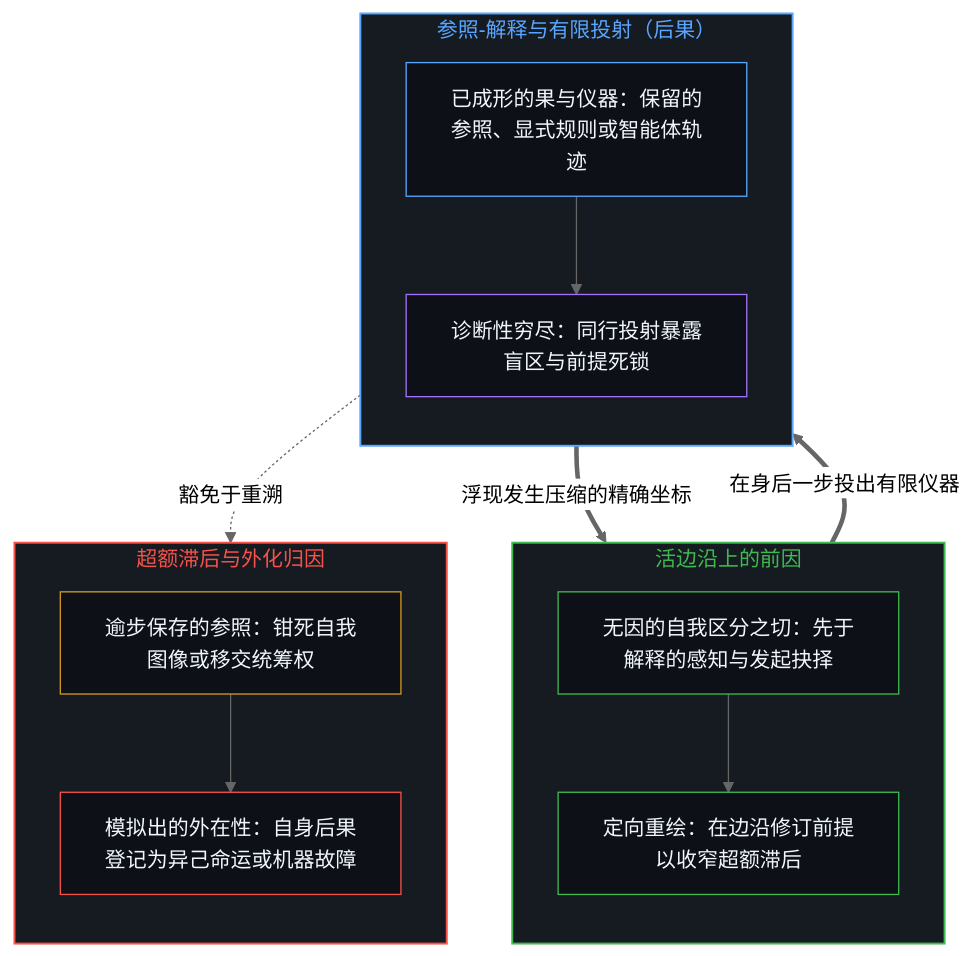
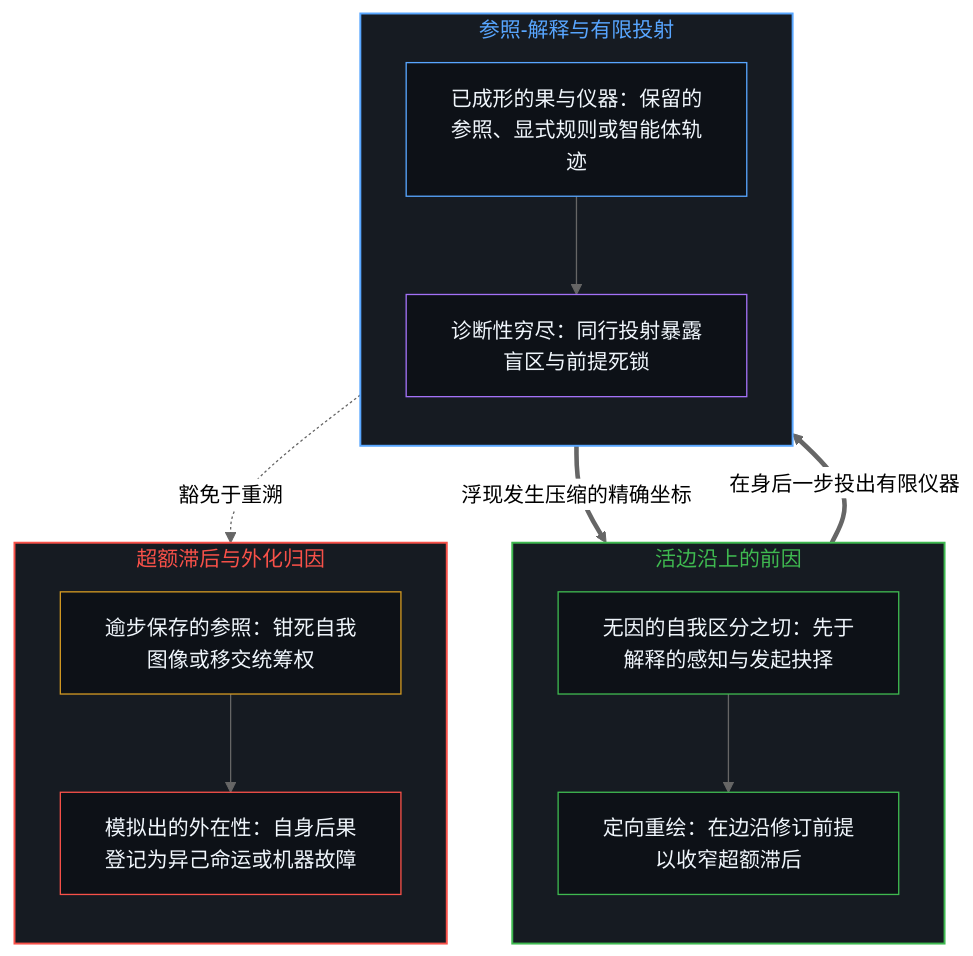
The first of 2 diagrams in content/posts/qian-yin-hou-guo.md (powerpig99/not-a-toe), drawn with Mermaid (neutral theme) before and after one commit. The commit also changed other lines of this file and 1 other file, not shown here.

````diff
--- a/content/posts/qian-yin-hou-guo.md
+++ b/content/posts/qian-yin-hou-guo.md
@@ -41,37 +41,33 @@
 ```mermaid
 flowchart TD
     subgraph S_Edge["活边沿上的前因"]
         direction TB
         Act["无因的自我区分之切：先于解释的感知与发起抉择"]
         ReRender["定向重绘：在边沿修订前提以收窄超额滞后"]
         Act --> ReRender
     end
-
-    subgraph S_Inst["参照-解释与有限投射（后果）"]
+    subgraph S_Inst["参照-解释与有限投射"]
         direction TB
         Proj["已成形的果与仪器：保留的参照、显式规则或智能体轨迹"]
         Peer["诊断性穷尽：同行投射暴露盲区与前提死锁"]
         Proj --> Peer
     end
-
     subgraph S_Lag["超额滞后与外化归因"]
         direction TB
         Freeze["逾步保存的参照：钳死自我图像或移交统筹权"]
         Alien["模拟出的外在性：自身后果登记为异己命运或机器故障"]
         Freeze --> Alien
     end
-
     ReRender ==>|"在身后一步投出有限仪器"| Proj
     Peer ==>|"浮现发生压缩的精确坐标"| ReRender
     Proj -.->|"豁免于重溯"| Freeze
-
     style S_Edge fill:#161b22,stroke:#3fb950,stroke-width:1.5px,color:#3fb950
     style S_Inst fill:#161b22,stroke:#58a6ff,stroke-width:1.5px,color:#58a6ff
     style S_Lag fill:#161b22,stroke:#f85149,stroke-width:1.5px,color:#f85149
     style Act fill:#0d1117,stroke:#3fb950,stroke-width:1px,color:#f0f6fc
     style ReRender fill:#0d1117,stroke:#3fb950,stroke-width:1px,color:#f0f6fc
     style Proj fill:#0d1117,stroke:#58a6ff,stroke-width:1px,color:#f0f6fc
     style Peer fill:#0d1117,stroke:#a371f7,stroke-width:1px,color:#f0f6fc
     style Freeze fill:#0d1117,stroke:#d29922,stroke-width:1px,color:#f0f6fc
     style Alien fill:#0d1117,stroke:#f85149,stroke-width:1px,color:#f0f6fc
 ```
````
